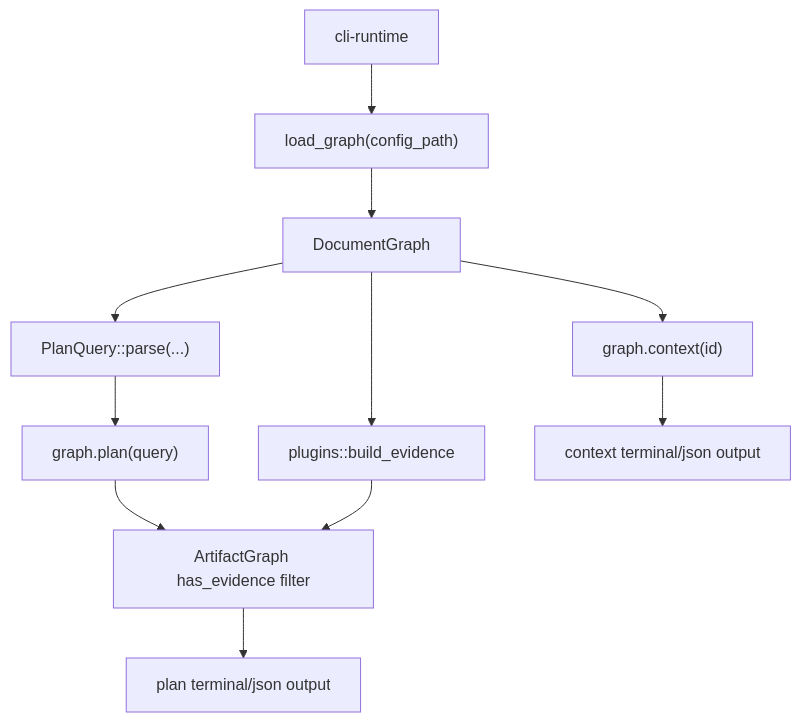
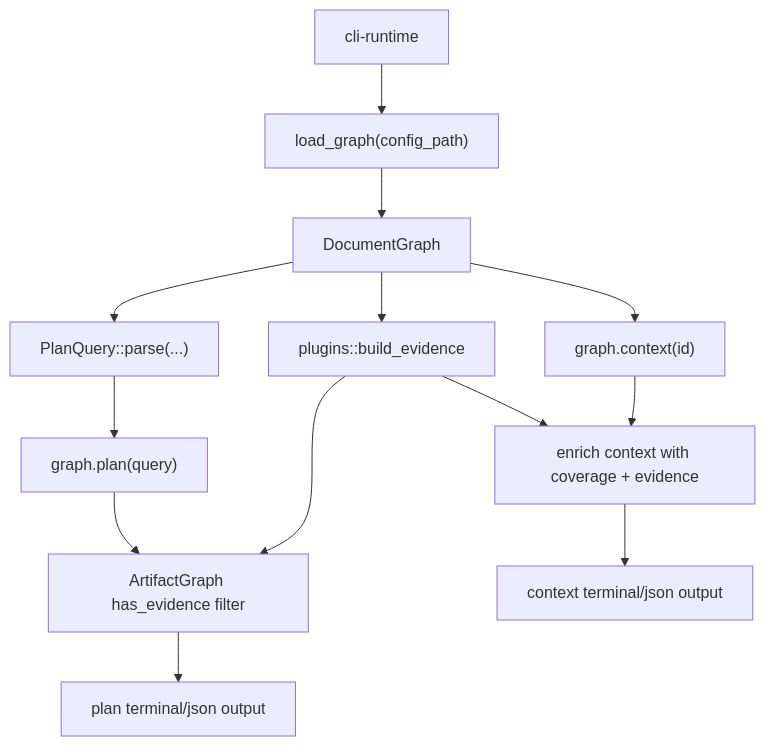
The diagram in crates/supersigil-cli/specs/work-queries/work-queries.design.md (jonisavo/supersigil), drawn with Mermaid before and after one commit. The commit also changed other lines of this file and 7 other files, not shown here.

First line of the commit message:
feat: show verification coverage and evidence in context command

````diff
--- a/crates/supersigil-cli/specs/work-queries/work-queries.design.md
+++ b/crates/supersigil-cli/specs/work-queries/work-queries.design.md
@@ -31,24 +31,27 @@
 ```mermaid
 graph TD
     RUNTIME["cli-runtime"]
     LOAD["load_graph(config_path)"]
     GRAPH["DocumentGraph"]
     CONTEXTQ["graph.context(id)"]
     PLANPARSE["PlanQuery::parse(...)"]
     PLANQ["graph.plan(query)"]
     EVIDENCE["plugins::build_evidence"]
     FILTER["ArtifactGraph has_evidence filter"]
+    CTXENRICH["enrich context with coverage + evidence"]
     CTXOUT["context terminal/json output"]
     PLANOUT["plan terminal/json output"]
 
     RUNTIME --> LOAD
     LOAD --> GRAPH
     GRAPH --> CONTEXTQ
     GRAPH --> PLANPARSE
     PLANPARSE --> PLANQ
     GRAPH --> EVIDENCE
     PLANQ --> FILTER
     EVIDENCE --> FILTER
-    CONTEXTQ --> CTXOUT
+    EVIDENCE --> CTXENRICH
+    CONTEXTQ --> CTXENRICH
+    CTXENRICH --> CTXOUT
     FILTER --> PLANOUT
 ```
````
